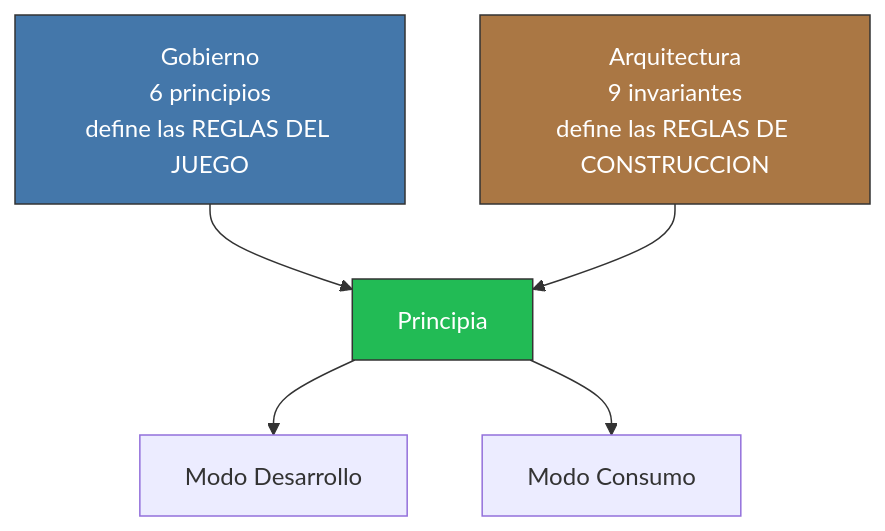
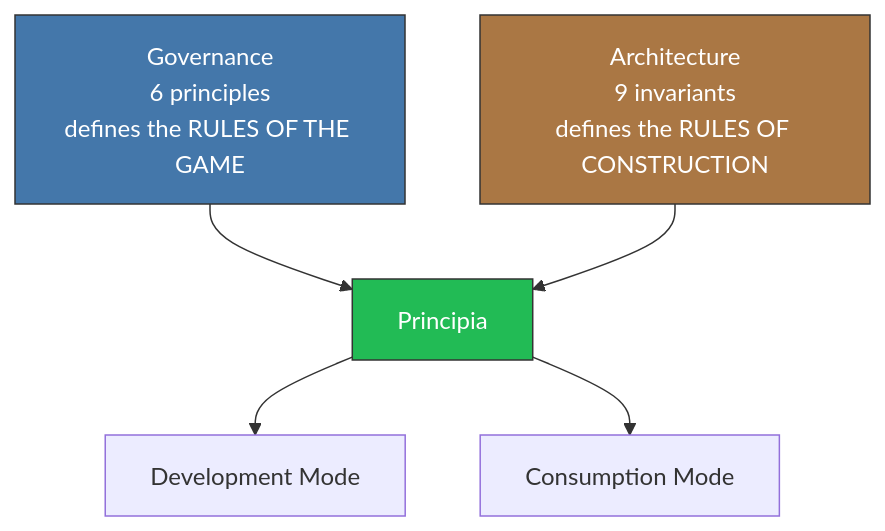
The third of 3 diagrams in principia/sections/07-governance-architecture.md (virgenherrera/virgil), drawn with Mermaid before and after one commit. The commit also changed other lines of this file and 42 other files, not shown here.

````diff
--- a/principia/sections/07-governance-architecture.md
+++ b/principia/sections/07-governance-architecture.md
@@ -99,14 +99,14 @@
 ```mermaid
 flowchart TD
-    GOB["Gobierno\n6 principios\ndefine las REGLAS DEL JUEGO"]
-    ARQ["Arquitectura\n9 invariantes\ndefine las REGLAS DE CONSTRUCCION"]
+    GOB["Governance\n6 principles\ndefines the RULES OF THE GAME"]
+    ARQ["Architecture\n9 invariants\ndefines the RULES OF CONSTRUCTION"]
 
     GOB --> PRINCIPIA["Principia"]
     ARQ --> PRINCIPIA
-    PRINCIPIA --> MD["Modo Desarrollo"]
-    PRINCIPIA --> MC["Modo Consumo"]
+    PRINCIPIA --> MD["Development Mode"]
+    PRINCIPIA --> MC["Consumption Mode"]
 
     style GOB fill:#47a,stroke:#333,color:#fff
     style ARQ fill:#a74,stroke:#333,color:#fff
     style PRINCIPIA fill:#2b5,stroke:#333,color:#fff
 ```
````
